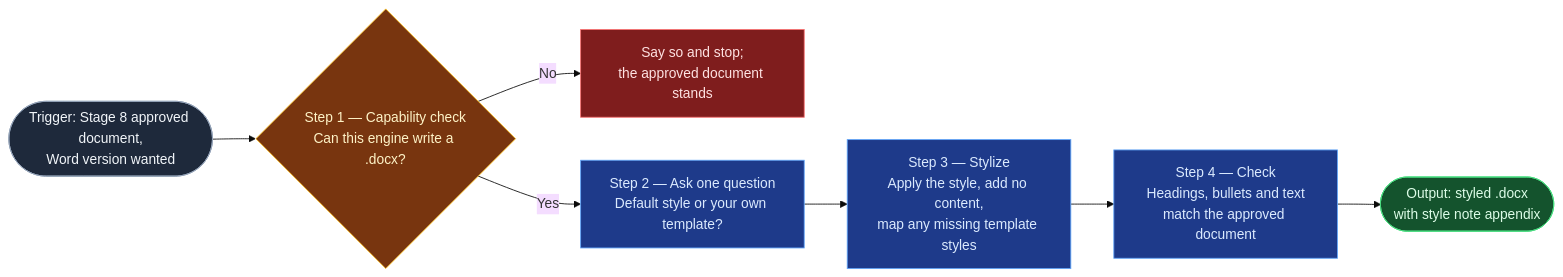
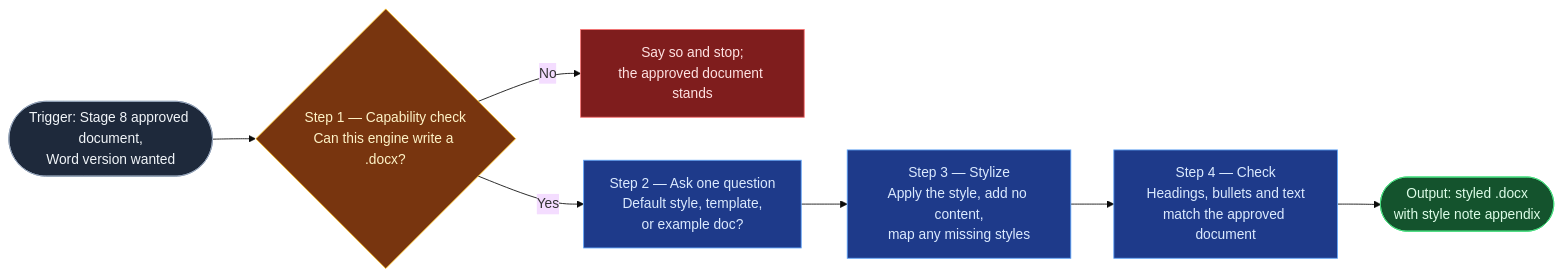
The diagram in skill-foundry/review-skills/accomplishments-docx-stylizer/SKILL.md (RafySauce/flow-lab), drawn with Mermaid (base theme) before and after one commit. The commit also changed other lines of this file, not shown here.

First line of the commit message:
Stylizer 2.0: also accept an example accomplishments doc as a style source

````diff
--- a/skill-foundry/review-skills/accomplishments-docx-stylizer/SKILL.md
+++ b/skill-foundry/review-skills/accomplishments-docx-stylizer/SKILL.md
@@ -40,15 +40,15 @@
 ```mermaid
 flowchart LR
     Start(["Trigger: Stage 8 approved document,<br/>Word version wanted"]):::start --> C{"Step 1 — Capability check<br/>Can this engine write a .docx?"}:::decision
     C -->|No| H["Say so and stop;<br/>the approved document stands"]:::halt
-    C -->|Yes| Q["Step 2 — Ask one question<br/>Default style or your own template?"]:::process
-    Q --> S["Step 3 — Stylize<br/>Apply the style, add no content,<br/>map any missing template styles"]:::process
+    C -->|Yes| Q["Step 2 — Ask one question<br/>Default style, template,<br/>or example doc?"]:::process
+    Q --> S["Step 3 — Stylize<br/>Apply the style, add no content,<br/>map any missing styles"]:::process
     S --> V["Step 4 — Check<br/>Headings, bullets and text<br/>match the approved document"]:::process
     V --> Output(["Output: styled .docx<br/>with style note appendix"]):::output
 
     classDef start fill:#1e293b,stroke:#94a3b8,color:#f1f5f9
     classDef process fill:#1e3a8a,stroke:#60a5fa,color:#dbeafe
     classDef decision fill:#78350f,stroke:#fbbf24,color:#fef3c7
     classDef output fill:#14532d,stroke:#4ade80,color:#dcfce7
     classDef halt fill:#7f1d1d,stroke:#f87171,color:#fee2e2
 ```
````
